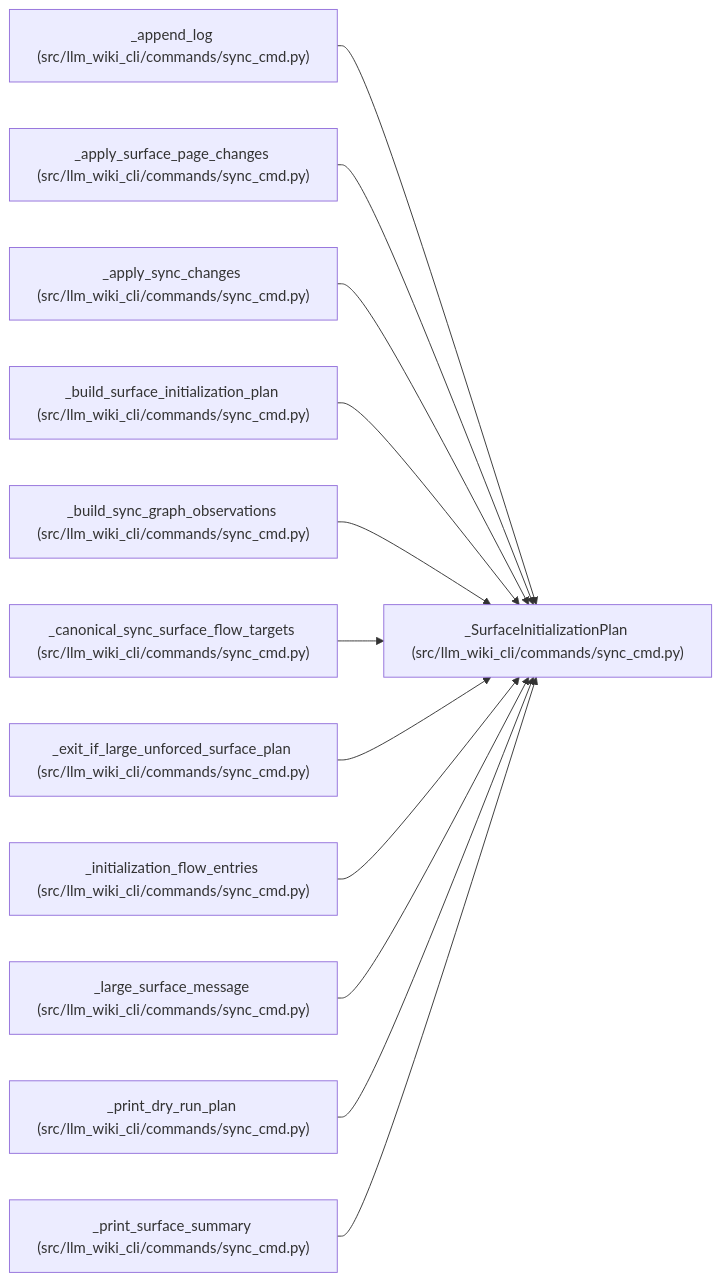
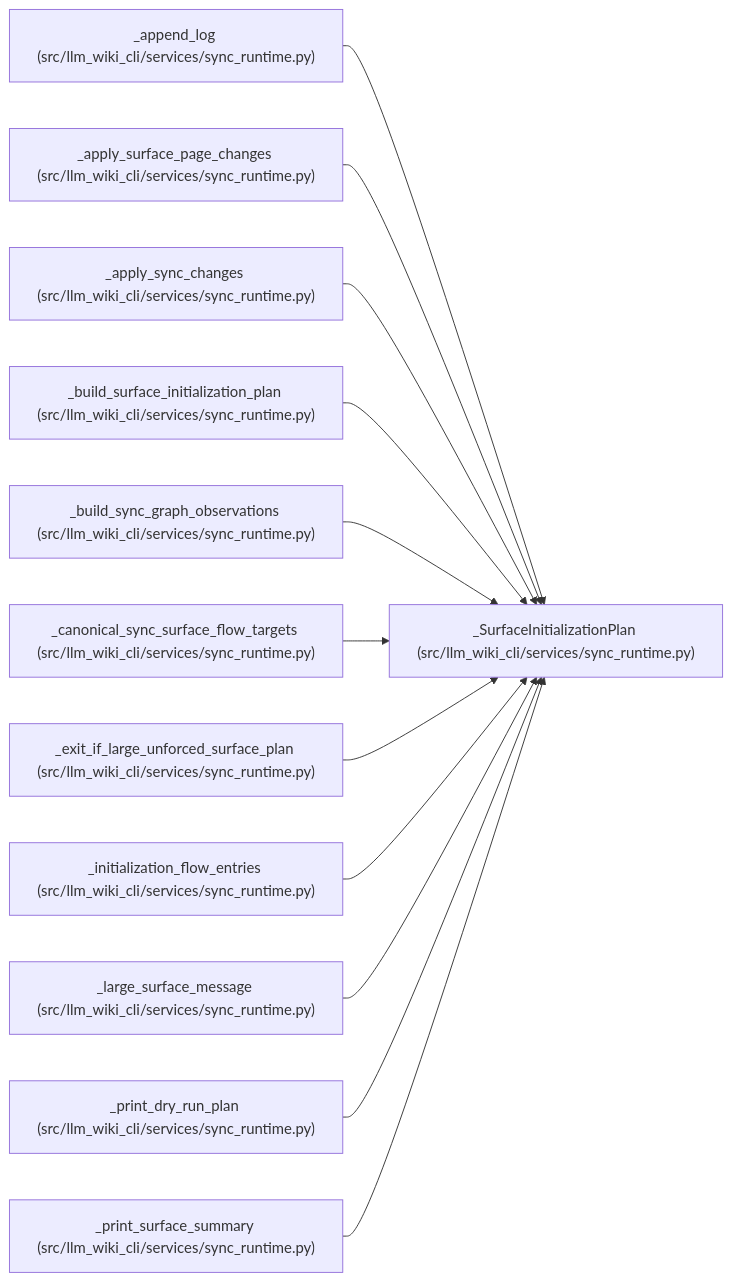
One commit to Denissvgn/python-wiki-llm changed the diagram in docs/llm_wiki/entities/SurfaceInitializationPlan.md. Above: the diagram before and after it, drawn with Mermaid. The commit also changed other lines of this file and 1555 other files, not shown here.

````diff
--- a/docs/llm_wiki/entities/SurfaceInitializationPlan.md
+++ b/docs/llm_wiki/entities/SurfaceInitializationPlan.md
@@ -52,38 +52,38 @@
 ```mermaid
 flowchart LR
-    n0["_SurfaceInitializationPlan (src/llm_wiki_cli/commands/sync_cmd.py)"]
-    n1["_append_log (src/llm_wiki_cli/commands/sync_cmd.py)"]
-    n2["_apply_surface_page_changes (src/llm_wiki_cli/commands/sync_cmd.py)"]
-    n3["_apply_sync_changes (src/llm_wiki_cli/commands/sync_cmd.py)"]
-    n4["_build_surface_initialization_plan (src/llm_wiki_cli/commands/sync_cmd.py)"]
-    n5["_build_sync_graph_observations (src/llm_wiki_cli/commands/sync_cmd.py)"]
-    n6["_canonical_sync_surface_flow_targets (src/llm_wiki_cli/commands/sync_cmd.py)"]
-    n7["_exit_if_large_unforced_surface_plan (src/llm_wiki_cli/commands/sync_cmd.py)"]
-    n8["_initialization_flow_entries (src/llm_wiki_cli/commands/sync_cmd.py)"]
-    n9["_large_surface_message (src/llm_wiki_cli/commands/sync_cmd.py)"]
-    n10["_print_dry_run_plan (src/llm_wiki_cli/commands/sync_cmd.py)"]
-    n11["_print_surface_summary (src/llm_wiki_cli/commands/sync_cmd.py)"]
+    n0["_SurfaceInitializationPlan (src/llm_wiki_cli/services/sync_runtime.py)"]
+    n1["_append_log (src/llm_wiki_cli/services/sync_runtime.py)"]
+    n2["_apply_surface_page_changes (src/llm_wiki_cli/services/sync_runtime.py)"]
+    n3["_apply_sync_changes (src/llm_wiki_cli/services/sync_runtime.py)"]
+    n4["_build_surface_initialization_plan (src/llm_wiki_cli/services/sync_runtime.py)"]
+    n5["_build_sync_graph_observations (src/llm_wiki_cli/services/sync_runtime.py)"]
+    n6["_canonical_sync_surface_flow_targets (src/llm_wiki_cli/services/sync_runtime.py)"]
+    n7["_exit_if_large_unforced_surface_plan (src/llm_wiki_cli/services/sync_runtime.py)"]
+    n8["_initialization_flow_entries (src/llm_wiki_cli/services/sync_runtime.py)"]
+    n9["_large_surface_message (src/llm_wiki_cli/services/sync_runtime.py)"]
+    n10["_print_dry_run_plan (src/llm_wiki_cli/services/sync_runtime.py)"]
+    n11["_print_surface_summary (src/llm_wiki_cli/services/sync_runtime.py)"]
     n1 --> n0
     n2 --> n0
     n3 --> n0
     n4 --> n0
     n5 --> n0
     n6 --> n0
     n7 --> n0
     n8 --> n0
     n9 --> n0
     n10 --> n0
     n11 --> n0
-    click n0 "../modules/sync_cmd.md"
-    click n1 "../modules/sync_cmd.md"
-    click n2 "../modules/sync_cmd.md"
-    click n3 "../modules/sync_cmd.md"
-    click n4 "../modules/sync_cmd.md"
-    click n5 "../modules/sync_cmd.md"
-    click n6 "../modules/sync_cmd.md"
-    click n7 "../modules/sync_cmd.md"
-    click n8 "../modules/sync_cmd.md"
-    click n9 "../modules/sync_cmd.md"
-    click n10 "../modules/sync_cmd.md"
-    click n11 "../modules/sync_cmd.md"
+    click n0 "../modules/sync_runtime.md"
+    click n1 "../modules/sync_runtime.md"
+    click n2 "../modules/sync_runtime.md"
+    click n3 "../modules/sync_runtime.md"
+    click n4 "../modules/sync_runtime.md"
+    click n5 "../modules/sync_runtime.md"
+    click n6 "../modules/sync_runtime.md"
+    click n7 "../modules/sync_runtime.md"
+    click n8 "../modules/sync_runtime.md"
+    click n9 "../modules/sync_runtime.md"
+    click n10 "../modules/sync_runtime.md"
+    click n11 "../modules/sync_runtime.md"
 ```
````
